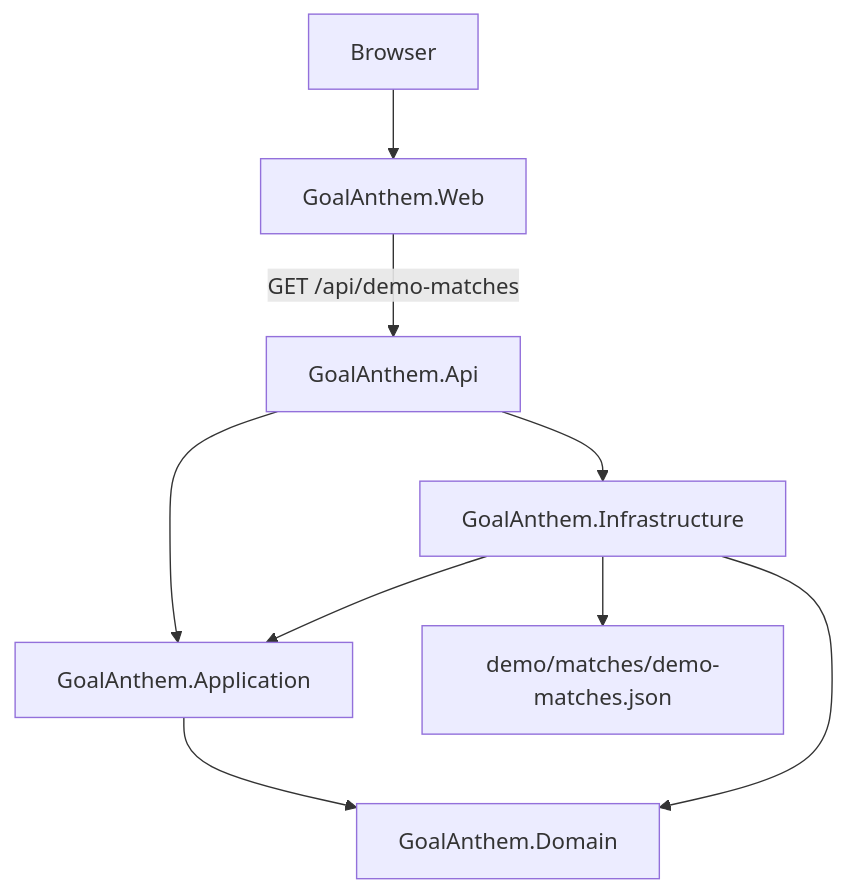
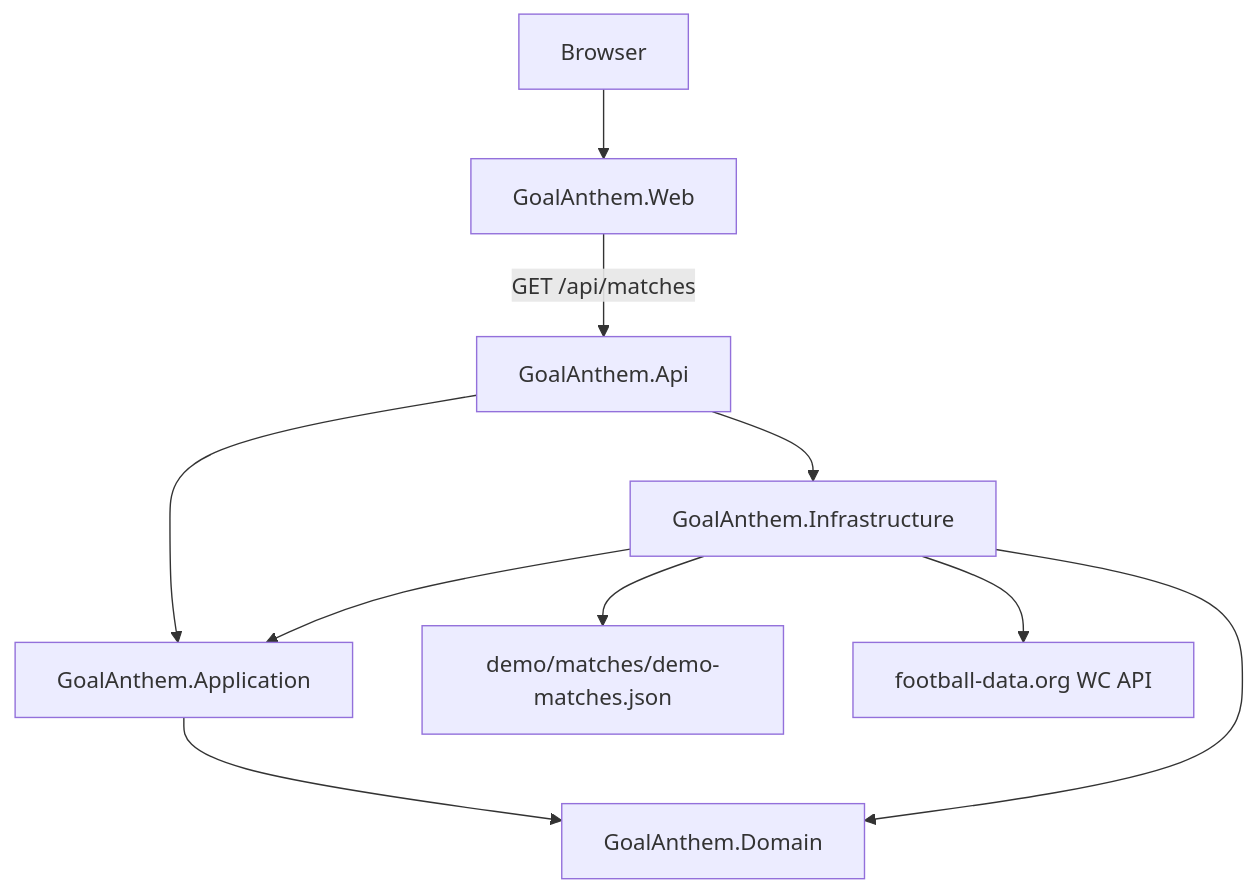
The diagram in docs/architecture/architecture.md (HugoSpangberg/play-your-goal-anthem), drawn with Mermaid before and after one commit. The commit also changed other lines of this file and 33 other files, not shown here.

````diff
--- a/docs/architecture/architecture.md
+++ b/docs/architecture/architecture.md
@@ -5,11 +5,12 @@
 ```mermaid
 flowchart TD
   Browser[Browser] --> Web[GoalAnthem.Web]
-  Web -->|GET /api/demo-matches| Api[GoalAnthem.Api]
+  Web -->|GET /api/matches| Api[GoalAnthem.Api]
   Api --> App[GoalAnthem.Application]
   Api --> Infra[GoalAnthem.Infrastructure]
   App --> Domain[GoalAnthem.Domain]
   Infra --> App
   Infra --> Domain
   Infra --> Data[demo/matches/demo-matches.json]
+  Infra --> FootballData[football-data.org WC API]
 ```
````
